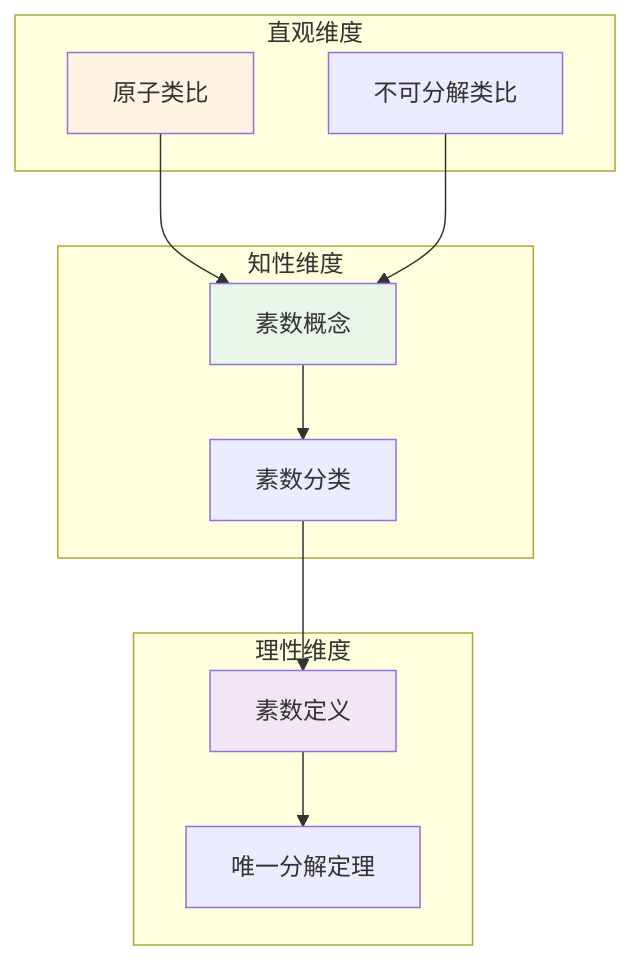
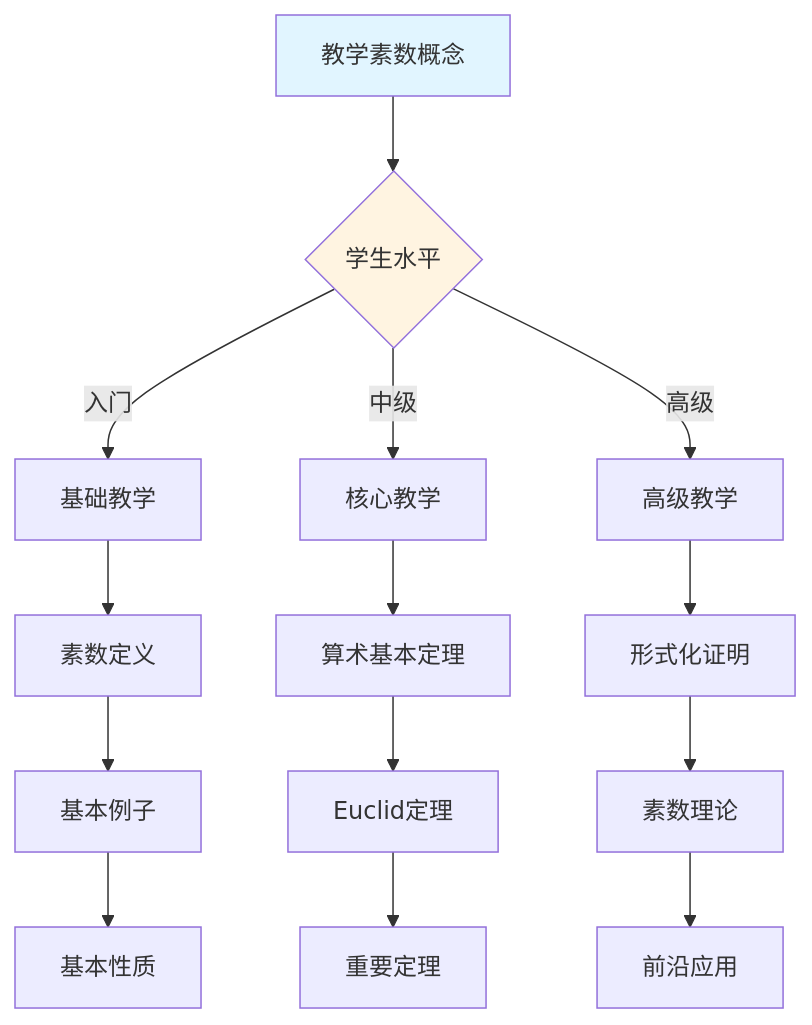
Diagram 11 of 11 in concept/核心概念/26-素数.md (AdaMartin18010/FormalMath), drawn with Mermaid before and after one commit. The commit also changed other lines of this file and 4793 other files, not shown here.

````diff
--- a/concept/核心概念/26-素数.md
+++ b/concept/核心概念/26-素数.md
@@ -743,27 +2539,22 @@
 ```mermaid
-graph TB
-    subgraph 直观维度
-        A1[原子类比]
-        A2[不可分解类比]
-    end
+graph TD
+    A[教学素数概念] --> B{学生水平}
+    B -->|入门| C[基础教学]
+    B -->|中级| D[核心教学]
+    B -->|高级| E[高级教学]
 
-    subgraph 知性维度
-        B1[素数概念]
-        B2[素数分类]
-    end
+    C --> C1[素数定义]
+    C1 --> C2[基本例子]
+    C2 --> C3[基本性质]
 
-    subgraph 理性维度
-        C1[素数定义]
-        C2[唯一分解定理]
-    end
+    D --> D1[算术基本定理]
+    D1 --> D2[Euclid定理]
+    D2 --> D3[重要定理]
 
-    A1 --> B1
-    A2 --> B1
-    B1 --> B2
-    B2 --> C1
-    C1 --> C2
+    E --> E1[形式化证明]
+    E1 --> E2[素数理论]
+    E2 --> E3[前沿应用]
 
-    style A1 fill:#fff4e1
-    style B1 fill:#e8f5e9
-    style C1 fill:#f3e5f5
+    style A fill:#e1f5ff
+    style B fill:#fff4e1
 ```
````
